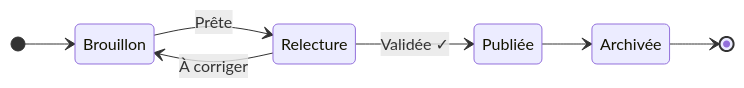
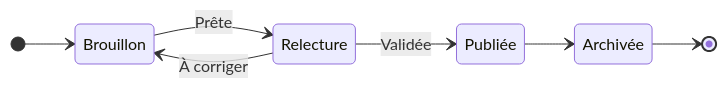
The third of 4 diagrams in template.md (GoobyWoobies/HEIA-IT), drawn with Mermaid before and after one commit. The commit also changed other lines of this file and 24 other files, not shown here.

````diff
--- a/template.md
+++ b/template.md
@@ -187,10 +187,10 @@
 ```mermaid
 stateDiagram-v2
     direction LR
     [*] --> Brouillon
     Brouillon --> Relecture : Prête
     Relecture --> Brouillon : À corriger
-    Relecture --> Publiée : Validée ✓
+    Relecture --> Publiée : Validée
     Publiée --> Archivée
     Archivée --> [*]
 ```
````
